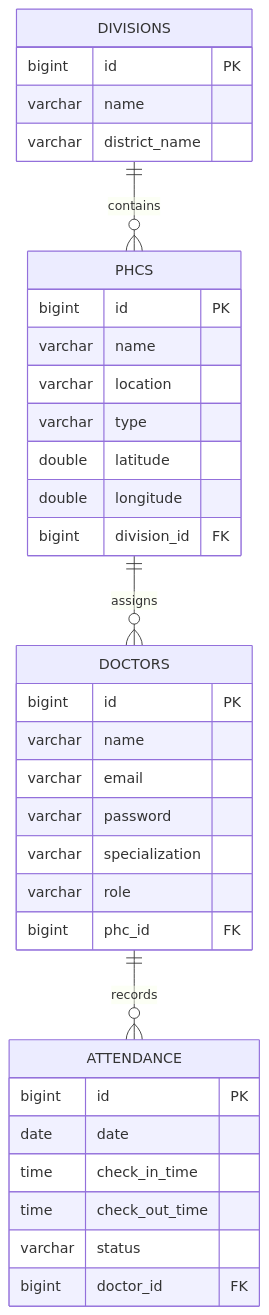
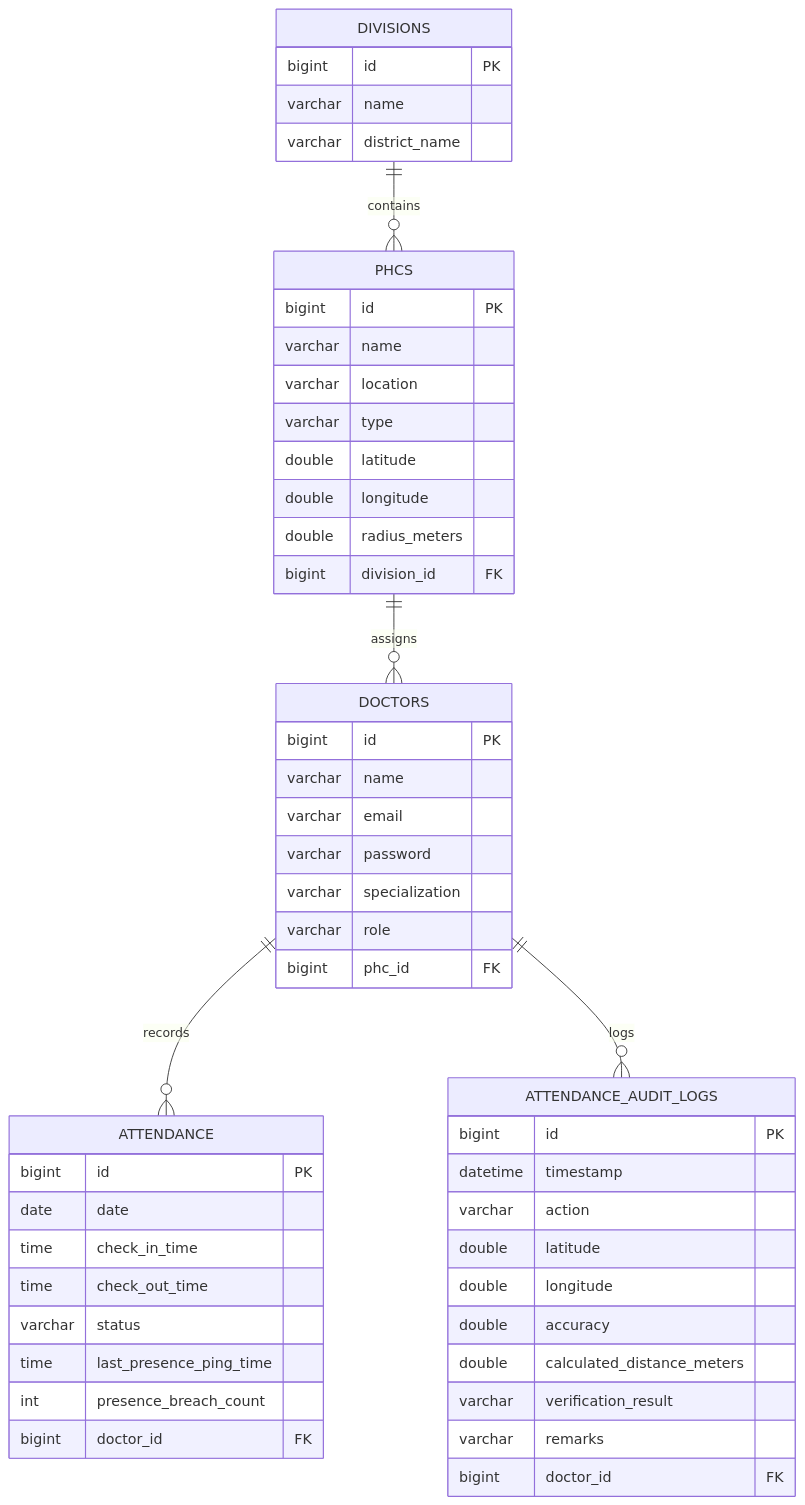
Before and after one commit to ranjithbrs/phc-doctor-attendance-system: the second of 2 diagrams in README.md, drawn with Mermaid. The commit also changed other lines of this file and 1 other file, not shown here.

````diff
--- a/README.md
+++ b/README.md
@@ -148,41 +154,58 @@
 ```mermaid
 erDiagram
     DIVISIONS ||--o{ PHCS : contains
     PHCS ||--o{ DOCTORS : assigns
     DOCTORS ||--o{ ATTENDANCE : records
+    DOCTORS ||--o{ ATTENDANCE_AUDIT_LOGS : logs
 
     DIVISIONS {
         bigint id PK
         varchar name
         varchar district_name
     }
 
     PHCS {
         bigint id PK
         varchar name
         varchar location
         varchar type
         double latitude
         double longitude
+        double radius_meters
         bigint division_id FK
     }
 
     DOCTORS {
         bigint id PK
         varchar name
         varchar email
         varchar password
         varchar specialization
         varchar role
         bigint phc_id FK
     }
 
     ATTENDANCE {
         bigint id PK
         date date
         time check_in_time
         time check_out_time
         varchar status
+        time last_presence_ping_time
+        int presence_breach_count
+        bigint doctor_id FK
+    }
+
+    ATTENDANCE_AUDIT_LOGS {
+        bigint id PK
+        datetime timestamp
+        varchar action
+        double latitude
+        double longitude
+        double accuracy
+        double calculated_distance_meters
+        varchar verification_result
+        varchar remarks
         bigint doctor_id FK
     }
 ```
````
